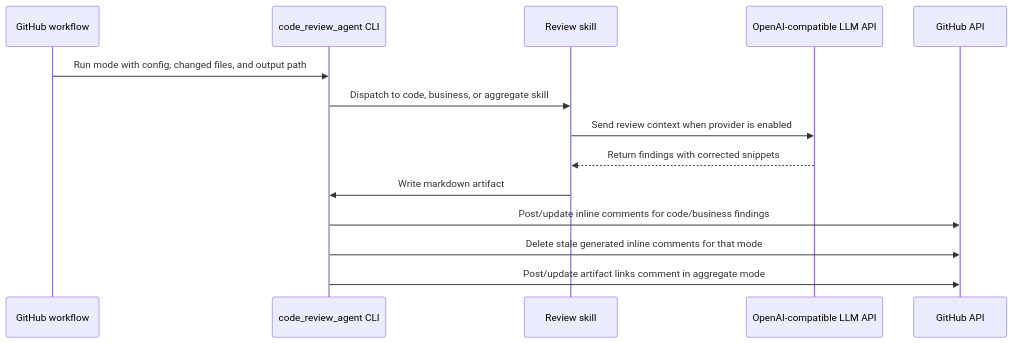
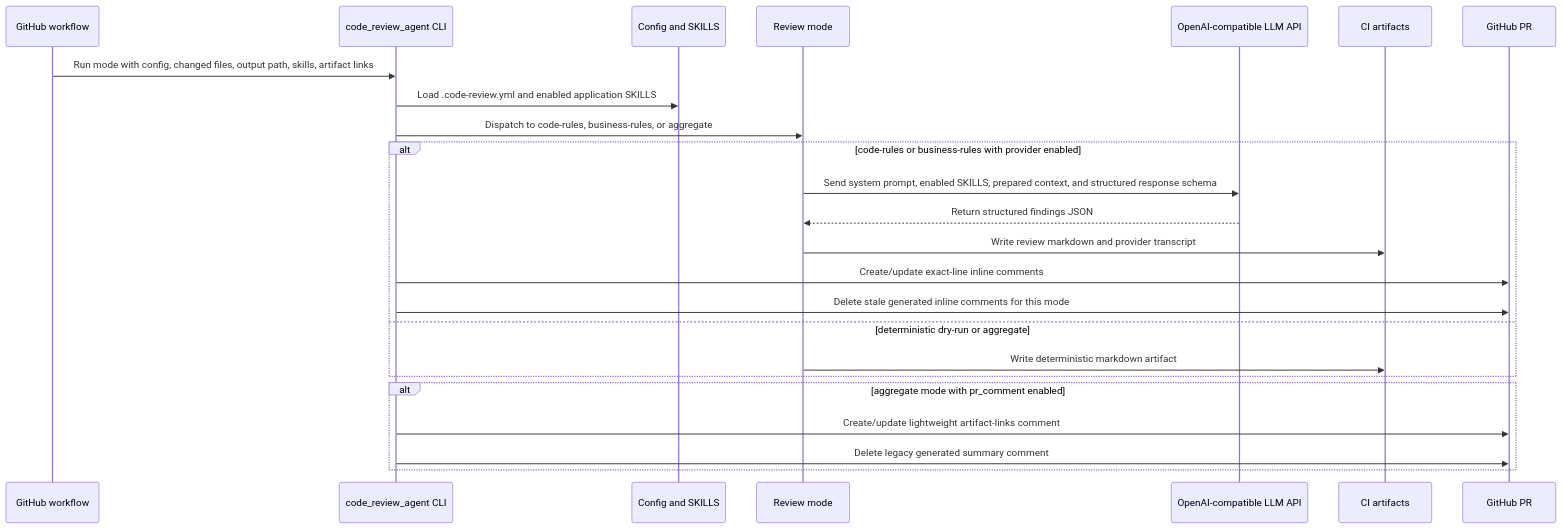
One commit to laughingkid-sg/code-review-agent changed the second of 2 diagrams in README.md. Above: the diagram before and after it, drawn with Mermaid. The commit also changed other lines of this file and 2 other files, not shown here.

````diff
--- a/README.md
+++ b/README.md
@@ -47,16 +84,29 @@
 ```mermaid
 sequenceDiagram
   participant Workflow as GitHub workflow
   participant CLI as code_review_agent CLI
-  participant Skill as Review skill
+  participant Config as Config and SKILLS
+  participant Review as Review mode
   participant LLM as OpenAI-compatible LLM API
-  participant GH as GitHub API
-  Workflow->>CLI: Run mode with config, changed files, and output path
-  CLI->>Skill: Dispatch to code, business, or aggregate skill
-  Skill->>LLM: Send review context when provider is enabled
-  LLM-->>Skill: Return findings with corrected snippets
-  Skill->>CLI: Write markdown artifact
-  CLI->>GH: Post/update inline comments for code/business findings
-  CLI->>GH: Delete stale generated inline comments for that mode
-  CLI->>GH: Post/update artifact links comment in aggregate mode
+  participant Artifacts as CI artifacts
+  participant GH as GitHub PR
+
+  Workflow->>CLI: Run mode with config, changed files, output path, skills, artifact links
+  CLI->>Config: Load .code-review.yml and enabled application SKILLS
+  CLI->>Review: Dispatch to code-rules, business-rules, or aggregate
+
+  alt code-rules or business-rules with provider enabled
+    Review->>LLM: Send system prompt, enabled SKILLS, prepared context, and structured response schema
+    LLM-->>Review: Return structured findings JSON
+    Review->>Artifacts: Write review markdown and provider transcript
+    CLI->>GH: Create/update exact-line inline comments
+    CLI->>GH: Delete stale generated inline comments for this mode
+  else deterministic dry-run or aggregate
+    Review->>Artifacts: Write deterministic markdown artifact
+  end
+
+  alt aggregate mode with pr_comment enabled
+    CLI->>GH: Create/update lightweight artifact-links comment
+    CLI->>GH: Delete legacy generated summary comment
+  end
 ```
````
